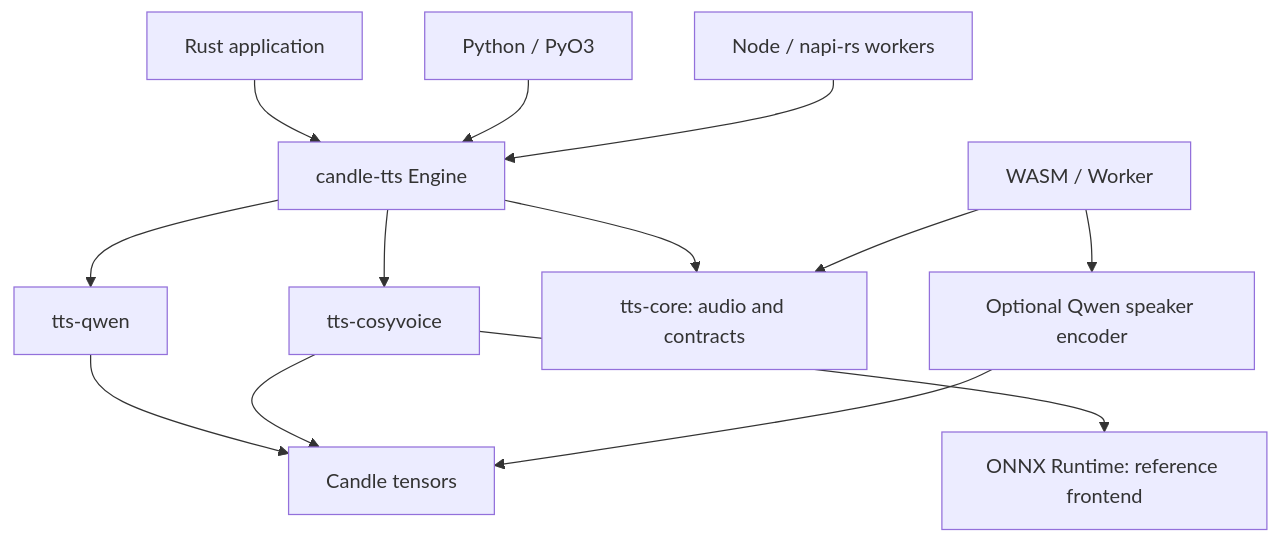
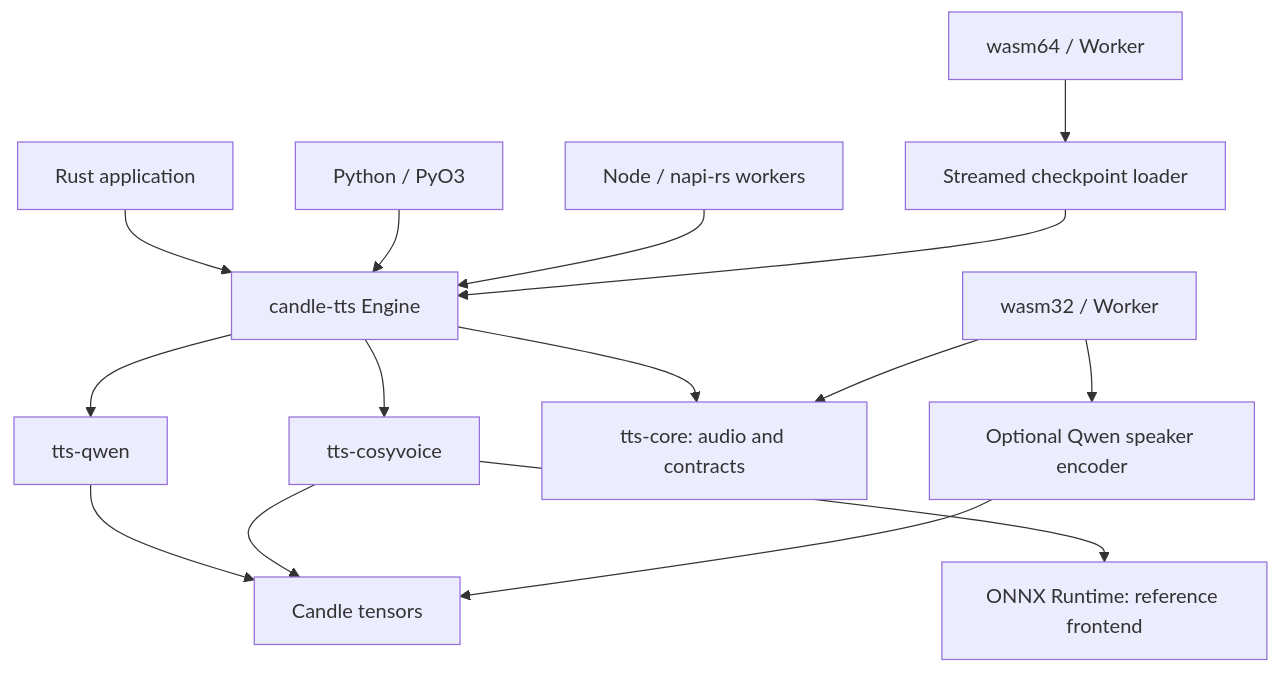
Before and after one commit to SpenserCai/tts-rs: the first of 2 diagrams in docs/architecture.md, drawn with Mermaid. The commit also changed other lines of this file and 49 other files, not shown here.

````diff
--- a/docs/architecture.md
+++ b/docs/architecture.md
@@ -7,15 +7,17 @@
 ```mermaid
 flowchart TD
     R["Rust application"] --> E["candle-tts Engine"]
     P["Python / PyO3"] --> E
     N["Node / napi-rs workers"] --> E
     E --> Q["tts-qwen"]
     E --> C["tts-cosyvoice"]
     Q --> T["Candle tensors"]
     C --> T
     C --> O["ONNX Runtime: reference frontend"]
     E --> A["tts-core: audio and contracts"]
-    W["WASM / Worker"] --> A
+    W["wasm32 / Worker"] --> A
     W --> QS["Optional Qwen speaker encoder"]
     QS --> T
+    W64["wasm64 / Worker"] --> L["Streamed checkpoint loader"]
+    L --> E
 ```
````
